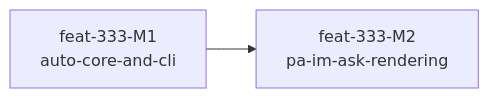
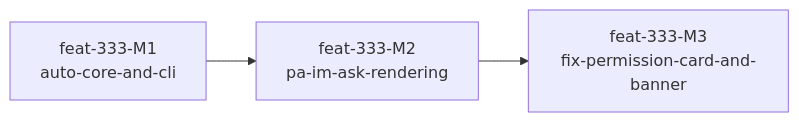
Before and after one commit to Mrchen116/nano-multiagent: the diagram in docs/changes/feat-333-auto-mode-classifier/design.md, drawn with Mermaid. The commit also changed other lines of this file, not shown here.

````diff
--- a/docs/changes/feat-333-auto-mode-classifier/design.md
+++ b/docs/changes/feat-333-auto-mode-classifier/design.md
@@ -916,4 +919,5 @@
 ```mermaid
 graph LR
   M1[feat-333-M1<br/>auto-core-and-cli] --> M2[feat-333-M2<br/>pa-im-ask-rendering]
+  M2 --> M3[feat-333-M3<br/>fix-permission-card-and-banner]
 ```
````
